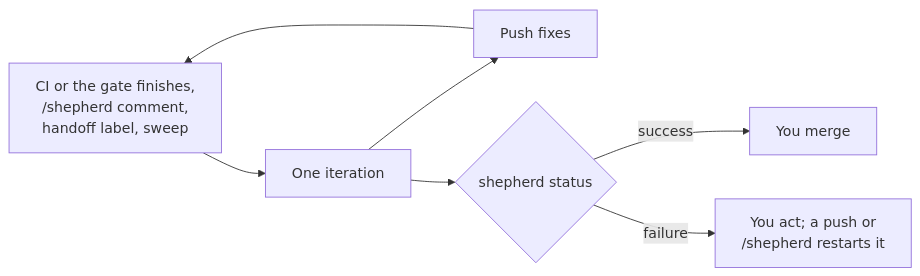
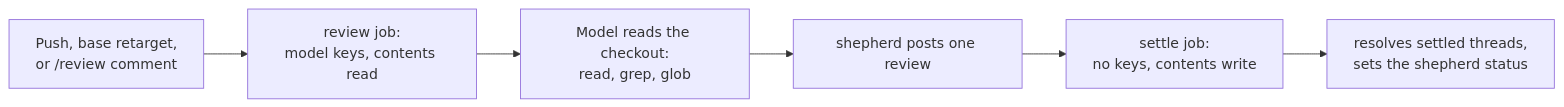
Before and after one commit to jagreehal/shepherd: the diagram in docs/src/content/docs/integrations/github-actions.md, drawn with Mermaid. The commit also changed other lines of this file and 77 other files, not shown here.

First line of the commit message:
feat: shepherd is one reviewer; the model holds no token (#62)

````diff
--- a/docs/src/content/docs/integrations/github-actions.md
+++ b/docs/src/content/docs/integrations/github-actions.md
@@ -18,9 +21,8 @@
 ```mermaid
 flowchart LR
-    E[CI or the gate finishes,<br/>/shepherd comment,<br/>handoff label, sweep] --> I[One iteration]
-    I --> P[Push fixes]
-    P --> E
-    I --> D{shepherd status}
-    D -- success --> M[You merge]
-    D -- failure --> Y[You act; a push or<br/>/shepherd restarts it]
+    E[Push, base retarget,<br/>or /review comment] --> R[review job:<br/>model keys, contents read]
+    R --> M[Model reads the checkout:<br/>read, grep, glob]
+    M --> W[shepherd posts one review]
+    W --> S[settle job:<br/>no keys, contents write]
+    S --> C[resolves settled threads,<br/>sets the shepherd status]
 ```
````
